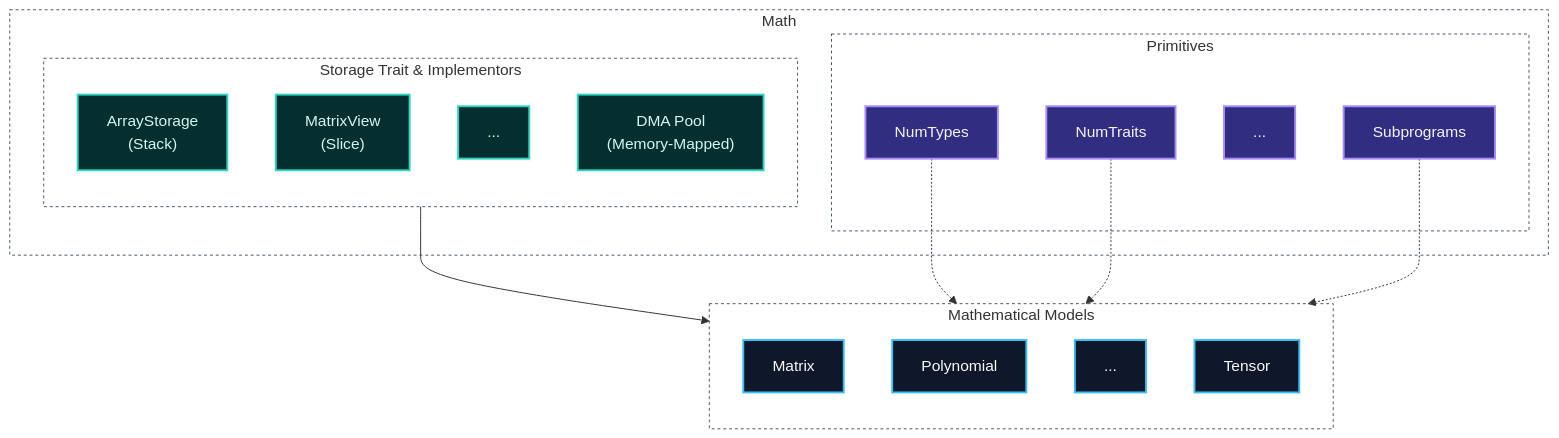
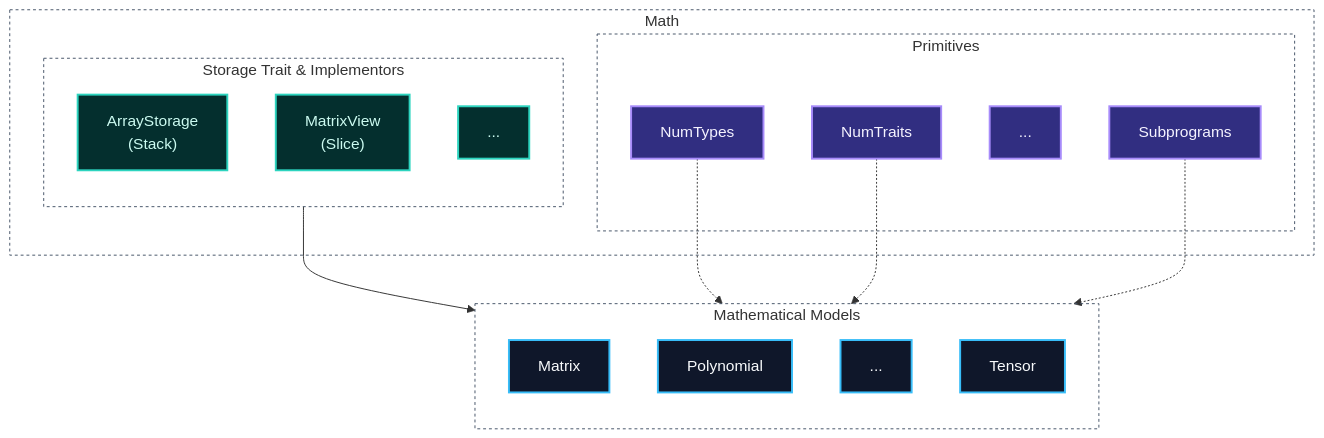
Before and after one commit to Dyse-Industries/control-rs: the first of 2 diagrams in README.md, drawn with Mermaid. The commit also changed other lines of this file and 9 other files, not shown here.

````diff
--- a/README.md
+++ b/README.md
@@ -53,45 +37,44 @@
 ```mermaid
 ---
 config:
   layout: dagre
 ---
 flowchart TB
     subgraph Math
         subgraph Primitives
             NumTypes:::external
             NumTraits:::external
             ...:::external
             Subprograms:::external
         end
 
         subgraph Storage ["Storage Trait & Implementors"]
             direction TB
             ArrayStorage["ArrayStorage<br>(Stack)"]:::storage
             MatrixView["MatrixView<br>(Slice)"]:::storage
             Extend1["..."]:::storage
-            DMAPool["DMA Pool<br>(Memory-Mapped)"]:::storage
         end
     end
 
     subgraph Models ["Mathematical Models"]
         direction TB
         Matrix:::core
         Polynomial:::core
         Extend2["..."]:::core
         Tensor:::core
     end
 
 %% Cleaned up structural flow
     Storage --> Models
     NumTypes -.-> Models
     NumTraits -.-> Models
     Subprograms -.-> Models
 %% Styling
     classDef core fill: #0f172a, stroke: #38bdf8, stroke-width: 2px, color: #f8fafc
     classDef storage fill: #042f2e, stroke: #2dd4bf, stroke-width: 2px, color: #ccfbf1
     classDef external fill: #312e81, stroke: #a78bfa, stroke-width: 2px, color: #f5f3ff
     style Models fill: transparent, stroke: #475569, stroke-width: 1px, stroke-dasharray: 3 3
     style Math fill: transparent, stroke: #475569, stroke-width: 1px, stroke-dasharray: 3 3
     style Primitives fill: transparent, stroke: #475569, stroke-width: 1px, stroke-dasharray: 3 3
     style Storage fill: transparent, stroke: #475569, stroke-width: 1px, stroke-dasharray: 3 3
 ```
````
